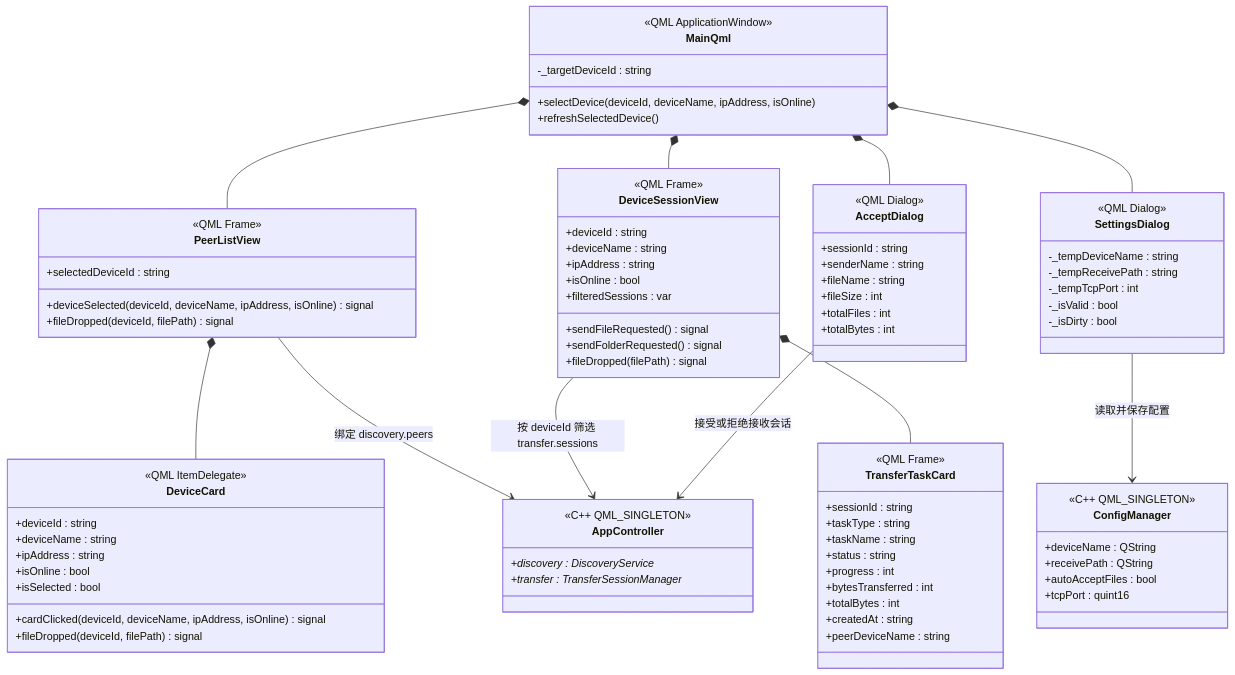
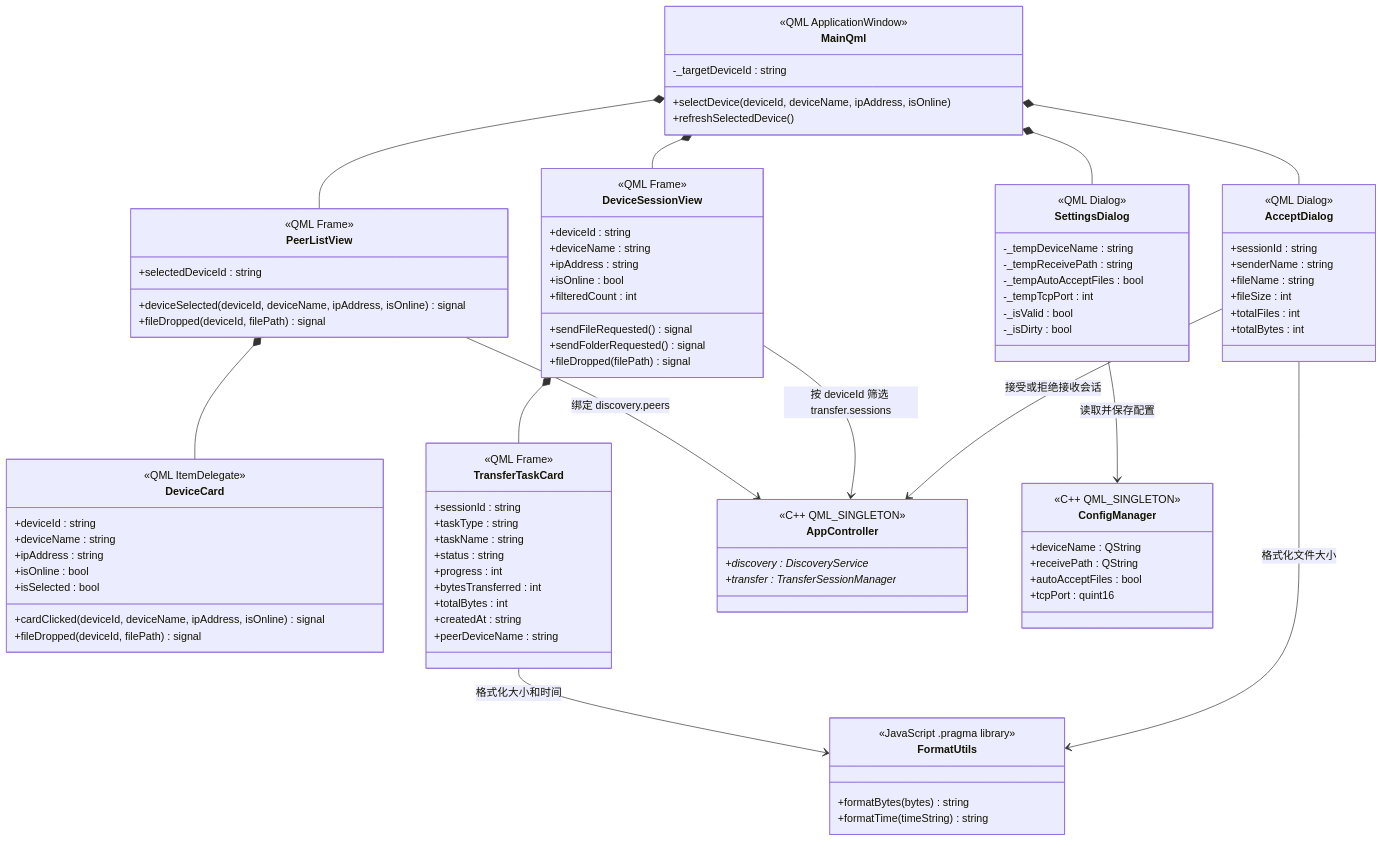
One commit to Gsheep0729/GridYard changed the fourth of 5 diagrams in doc/diagrams/class-diagram.md. Above: the diagram before and after it, drawn with Mermaid. The commit also changed other lines of this file and 13 other files, not shown here.

```diff
--- a/doc/diagrams/class-diagram.md
+++ b/doc/diagrams/class-diagram.md
@@ -338,7 +338,7 @@
         +deviceName : string
         +ipAddress : string
         +isOnline : bool
-        +filteredSessions : var
+        +filteredCount : int
         +sendFileRequested() signal
         +sendFolderRequested() signal
         +fileDropped(filePath) signal
@@ -357,10 +357,17 @@
         +peerDeviceName : string
     }
 
+    class FormatUtils {
+        <<JavaScript .pragma library>>
+        +formatBytes(bytes) string
+        +formatTime(timeString) string
+    }
+
     class SettingsDialog {
         <<QML Dialog>>
         -_tempDeviceName : string
         -_tempReceivePath : string
+        -_tempAutoAcceptFiles : bool
         -_tempTcpPort : int
         -_isValid : bool
         -_isDirty : bool
@@ -396,6 +403,8 @@
     MainQml *-- AcceptDialog
     PeerListView *-- DeviceCard
     DeviceSessionView *-- TransferTaskCard
+    TransferTaskCard --> FormatUtils : 格式化大小和时间
+    AcceptDialog --> FormatUtils : 格式化文件大小
     PeerListView --> AppController : 绑定 discovery.peers
     DeviceSessionView --> AppController : 按 deviceId 筛选 transfer.sessions
     AcceptDialog --> AppController : 接受或拒绝接收会话
```
